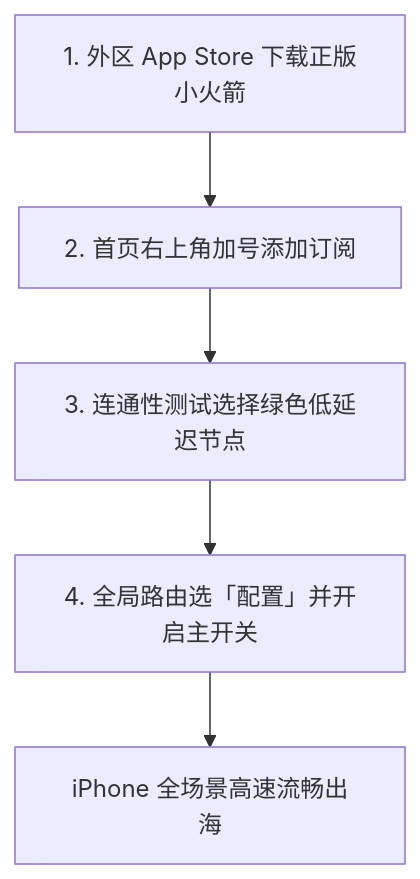
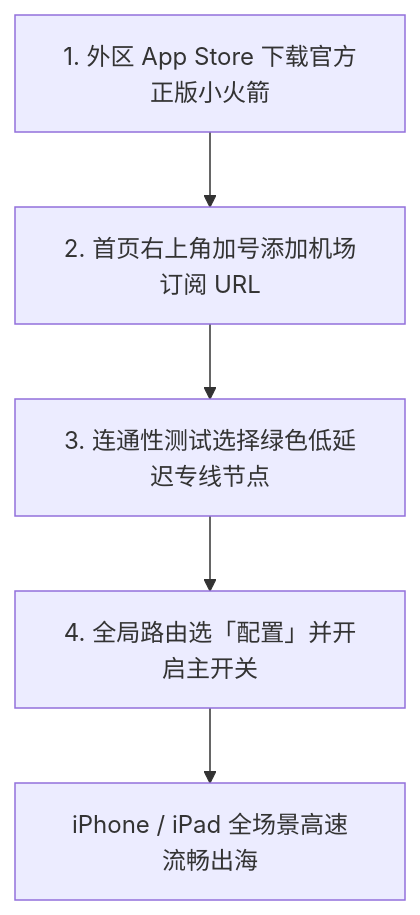
Before and after one commit to qweqwe98698-tech/jichangshouce.co: the first of 2 diagrams in src/content/tutorials/shadowrocket/import-subscription.md, drawn with Mermaid. The commit also changed other lines of this file and 84 other files, not shown here.

Commit message:
feat(brands): 完成42家机场品牌库全量升级、实测测速解锁图集与全站SEO/GEO深度优化

````diff
--- a/src/content/tutorials/shadowrocket/import-subscription.md
+++ b/src/content/tutorials/shadowrocket/import-subscription.md
@@ -49,7 +51,7 @@
 ```mermaid
 graph TD
-    S1[1. 外区 App Store 下载正版小火箭] --> S2[2. 首页右上角加号添加订阅]
-    S2 --> S3[3. 连通性测试选择绿色低延迟节点]
+    S1[1. 外区 App Store 下载官方正版小火箭] --> S2[2. 首页右上角加号添加机场订阅 URL]
+    S2 --> S3[3. 连通性测试选择绿色低延迟专线节点]
     S3 --> S4[4. 全局路由选「配置」并开启主开关]
-    S4 --> Done[iPhone 全场景高速流畅出海]
+    S4 --> Done[iPhone / iPad 全场景高速流畅出海]
 ```
````
